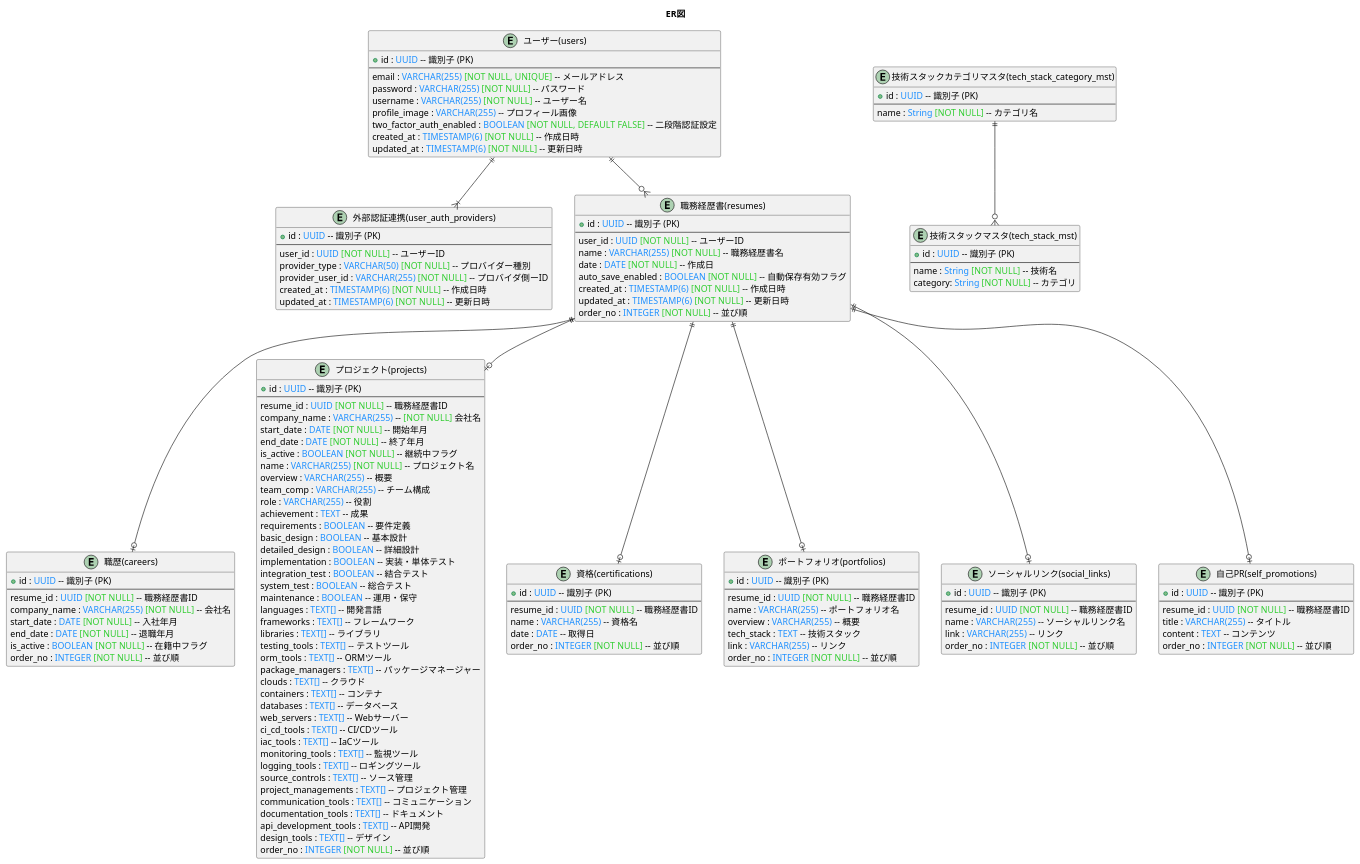
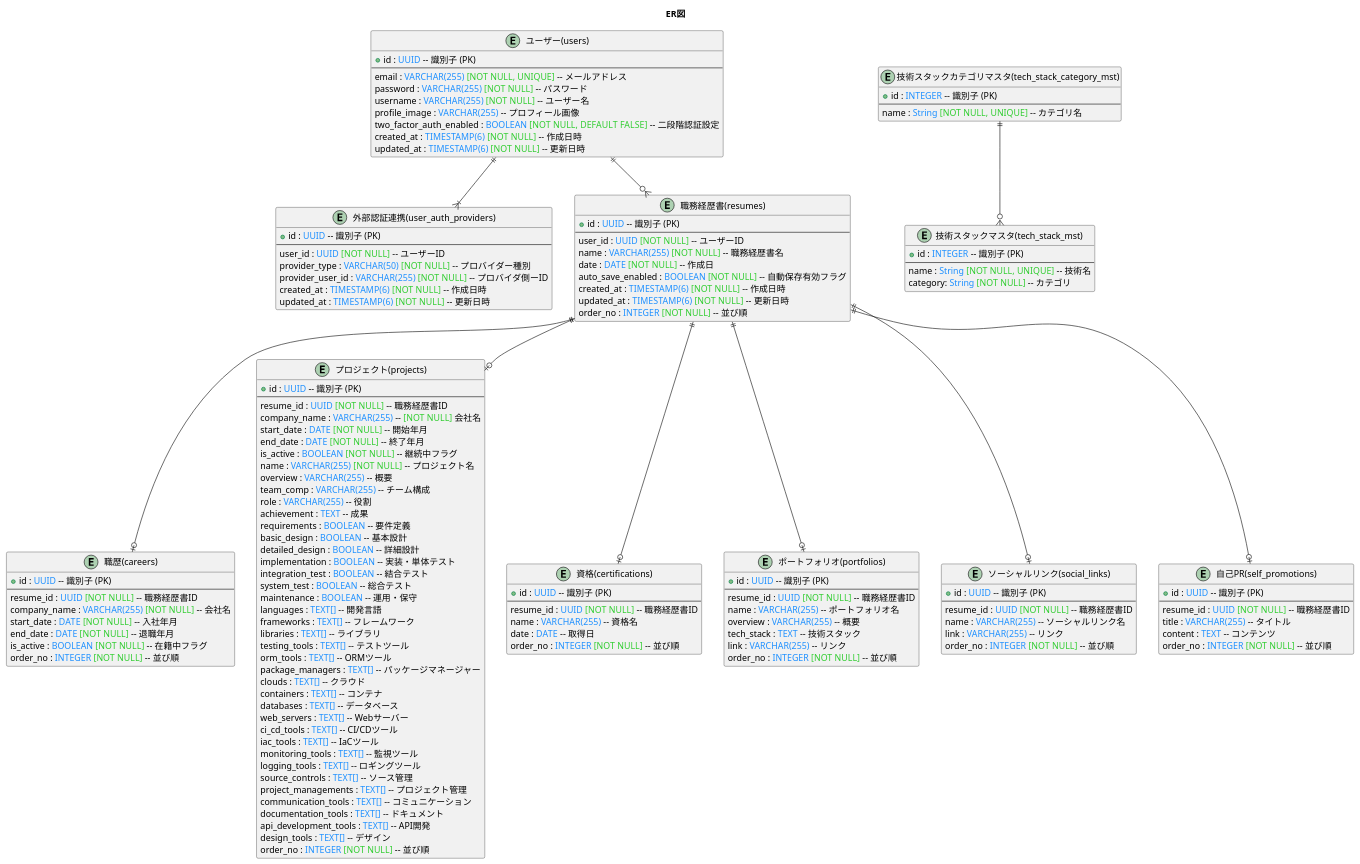
Before and after one commit to DogisRiki/KeirekiPro: the diagram in doc/DB設計/ER図.pu, drawn with PlantUML.

Commit message:
docs: ER図修正
Changes:
・技術スタックマスタと技術スタックカテゴリマスタのidの型をUUIDからINTEGERへ変更

Reason:
・別にここはidなんでもよくて、UUIDだとDDL敵に都合が悪い

BREAKING CHANGE: N/A
Related: N/A
Refs: #16

```diff
--- a/doc/DB設計/ER図.pu
+++ b/doc/DB設計/ER図.pu
@@ -1,162 +1,159 @@
 @startuml ER図
 
 title ER図
 
-' -----------------------
-' 既存テーブル
-' -----------------------
 entity "ユーザー(users)" as users {
     + id : <color:#1E90FF>UUID</color> -- 識別子 (PK)
     --
     email : <color:#1E90FF>VARCHAR(255)</color> <color:#32CD32>[NOT NULL, UNIQUE]</color> -- メールアドレス
     password : <color:#1E90FF>VARCHAR(255)</color> <color:#32CD32>[NOT NULL]</color> -- パスワード
     username : <color:#1E90FF>VARCHAR(255)</color> <color:#32CD32>[NOT NULL]</color> -- ユーザー名
     profile_image : <color:#1E90FF>VARCHAR(255)</color> -- プロフィール画像
     two_factor_auth_enabled : <color:#1E90FF>BOOLEAN</color> <color:#32CD32>[NOT NULL, DEFAULT FALSE]</color> -- 二段階認証設定
     created_at : <color:#1E90FF>TIMESTAMP(6)</color> <color:#32CD32>[NOT NULL]</color> -- 作成日時
     updated_at : <color:#1E90FF>TIMESTAMP(6)</color> <color:#32CD32>[NOT NULL]</color> -- 更新日時
 }
 
 entity "外部認証連携(user_auth_providers)" as UserAuthProviders {
     + id : <color:#1E90FF>UUID</color> -- 識別子 (PK)
     --
     user_id : <color:#1E90FF>UUID</color> <color:#32CD32>[NOT NULL]</color> -- ユーザーID
     provider_type : <color:#1E90FF>VARCHAR(50)</color> <color:#32CD32>[NOT NULL]</color> -- プロバイダー種別
     provider_user_id : <color:#1E90FF>VARCHAR(255)</color> <color:#32CD32>[NOT NULL]</color> -- プロバイダ側ーID
     created_at : <color:#1E90FF>TIMESTAMP(6)</color> <color:#32CD32>[NOT NULL]</color> -- 作成日時
     updated_at : <color:#1E90FF>TIMESTAMP(6)</color> <color:#32CD32>[NOT NULL]</color> -- 更新日時
 }
 
 entity "職務経歴書(resumes)" as Resumes {
     + id : <color:#1E90FF>UUID</color> -- 識別子 (PK)
     --
     user_id : <color:#1E90FF>UUID</color> <color:#32CD32>[NOT NULL]</color> -- ユーザーID
     name : <color:#1E90FF>VARCHAR(255)</color> <color:#32CD32>[NOT NULL]</color> -- 職務経歴書名
     date : <color:#1E90FF>DATE</color> <color:#32CD32>[NOT NULL]</color> -- 作成日
     auto_save_enabled : <color:#1E90FF>BOOLEAN</color> <color:#32CD32>[NOT NULL]</color> -- 自動保存有効フラグ
     created_at : <color:#1E90FF>TIMESTAMP(6)</color> <color:#32CD32>[NOT NULL]</color> -- 作成日時
     updated_at : <color:#1E90FF>TIMESTAMP(6)</color> <color:#32CD32>[NOT NULL]</color> -- 更新日時
     order_no : <color:#1E90FF>INTEGER</color> <color:#32CD32>[NOT NULL]</color> -- 並び順
 }
 
 entity "職歴(careers)" as Careers {
     + id : <color:#1E90FF>UUID</color> -- 識別子 (PK)
     --
     resume_id : <color:#1E90FF>UUID</color> <color:#32CD32>[NOT NULL]</color> -- 職務経歴書ID
     company_name : <color:#1E90FF>VARCHAR(255)</color> <color:#32CD32>[NOT NULL]</color> -- 会社名
     start_date : <color:#1E90FF>DATE</color> <color:#32CD32>[NOT NULL]</color> -- 入社年月
     end_date : <color:#1E90FF>DATE</color> <color:#32CD32>[NOT NULL]</color> -- 退職年月
     is_active : <color:#1E90FF>BOOLEAN</color> <color:#32CD32>[NOT NULL]</color> -- 在籍中フラグ
     order_no : <color:#1E90FF>INTEGER</color> <color:#32CD32>[NOT NULL]</color> -- 並び順
 }
 
 entity "プロジェクト(projects)" as Projects {
     + id : <color:#1E90FF>UUID</color> -- 識別子 (PK)
     --
     resume_id : <color:#1E90FF>UUID</color> <color:#32CD32>[NOT NULL]</color> -- 職務経歴書ID
     company_name : <color:#1E90FF>VARCHAR(255)</color> -- <color:#32CD32>[NOT NULL]</color> 会社名
     start_date : <color:#1E90FF>DATE</color> <color:#32CD32>[NOT NULL]</color> -- 開始年月
     end_date : <color:#1E90FF>DATE</color> <color:#32CD32>[NOT NULL]</color> -- 終了年月
     is_active : <color:#1E90FF>BOOLEAN</color> <color:#32CD32>[NOT NULL]</color> -- 継続中フラグ
     name : <color:#1E90FF>VARCHAR(255)</color> <color:#32CD32>[NOT NULL]</color> -- プロジェクト名
     overview : <color:#1E90FF>VARCHAR(255)</color> -- 概要
     team_comp : <color:#1E90FF>VARCHAR(255)</color> -- チーム構成
     role : <color:#1E90FF>VARCHAR(255)</color> -- 役割
     achievement : <color:#1E90FF>TEXT</color> -- 成果
     requirements : <color:#1E90FF>BOOLEAN</color> -- 要件定義
     basic_design : <color:#1E90FF>BOOLEAN</color> -- 基本設計
     detailed_design : <color:#1E90FF>BOOLEAN</color> -- 詳細設計
     implementation : <color:#1E90FF>BOOLEAN</color> -- 実装・単体テスト
     integration_test : <color:#1E90FF>BOOLEAN</color> -- 結合テスト
     system_test : <color:#1E90FF>BOOLEAN</color> -- 総合テスト
     maintenance : <color:#1E90FF>BOOLEAN</color> -- 運用・保守
     languages : <color:#1E90FF>TEXT[]</color> -- 開発言語
     frameworks : <color:#1E90FF>TEXT[]</color> -- フレームワーク
     libraries : <color:#1E90FF>TEXT[]</color> -- ライブラリ
     testing_tools : <color:#1E90FF>TEXT[]</color> -- テストツール
     orm_tools : <color:#1E90FF>TEXT[]</color> -- ORMツール
     package_managers : <color:#1E90FF>TEXT[]</color> -- パッケージマネージャー
     clouds : <color:#1E90FF>TEXT[]</color> -- クラウド
     containers : <color:#1E90FF>TEXT[]</color> -- コンテナ
     databases : <color:#1E90FF>TEXT[]</color> -- データベース
     web_servers : <color:#1E90FF>TEXT[]</color> -- Webサーバー
     ci_cd_tools : <color:#1E90FF>TEXT[]</color> -- CI/CDツール
     iac_tools : <color:#1E90FF>TEXT[]</color> -- IaCツール
     monitoring_tools : <color:#1E90FF>TEXT[]</color> -- 監視ツール
     logging_tools : <color:#1E90FF>TEXT[]</color> -- ロギングツール
     source_controls : <color:#1E90FF>TEXT[]</color> -- ソース管理
     project_managements : <color:#1E90FF>TEXT[]</color> -- プロジェクト管理
     communication_tools : <color:#1E90FF>TEXT[]</color> -- コミュニケーション
     documentation_tools : <color:#1E90FF>TEXT[]</color> -- ドキュメント
     api_development_tools : <color:#1E90FF>TEXT[]</color> -- API開発
     design_tools : <color:#1E90FF>TEXT[]</color> -- デザイン
     order_no : <color:#1E90FF>INTEGER</color> <color:#32CD32>[NOT NULL]</color> -- 並び順
 }
 
 entity "資格(certifications)" as Certifications {
     + id : <color:#1E90FF>UUID</color> -- 識別子 (PK)
     --
     resume_id : <color:#1E90FF>UUID</color> <color:#32CD32>[NOT NULL]</color> -- 職務経歴書ID
     name : <color:#1E90FF>VARCHAR(255)</color> -- 資格名
     date : <color:#1E90FF>DATE</color> -- 取得日
     order_no : <color:#1E90FF>INTEGER</color> <color:#32CD32>[NOT NULL]</color> -- 並び順
 }
 
 entity "ポートフォリオ(portfolios)" as Portfolios {
     + id : <color:#1E90FF>UUID</color> -- 識別子 (PK)
     --
     resume_id : <color:#1E90FF>UUID</color> <color:#32CD32>[NOT NULL]</color> -- 職務経歴書ID
     name : <color:#1E90FF>VARCHAR(255)</color> -- ポートフォリオ名
     overview : <color:#1E90FF>VARCHAR(255)</color> -- 概要
     tech_stack : <color:#1E90FF>TEXT</color> -- 技術スタック
     link : <color:#1E90FF>VARCHAR(255)</color> -- リンク
     order_no : <color:#1E90FF>INTEGER</color> <color:#32CD32>[NOT NULL]</color> -- 並び順
 }
 
 entity "ソーシャルリンク(social_links)" as SocialLinks {
     + id : <color:#1E90FF>UUID</color> -- 識別子 (PK)
     --
     resume_id : <color:#1E90FF>UUID</color> <color:#32CD32>[NOT NULL]</color> -- 職務経歴書ID
     name : <color:#1E90FF>VARCHAR(255)</color> -- ソーシャルリンク名
     link : <color:#1E90FF>VARCHAR(255)</color> -- リンク
     order_no : <color:#1E90FF>INTEGER</color> <color:#32CD32>[NOT NULL]</color> -- 並び順
 }
 
 entity "自己PR(self_promotions)" as SelfPromotions {
     + id : <color:#1E90FF>UUID</color> -- 識別子 (PK)
     --
     resume_id : <color:#1E90FF>UUID</color> <color:#32CD32>[NOT NULL]</color> -- 職務経歴書ID
     title : <color:#1E90FF>VARCHAR(255)</color> -- タイトル
     content : <color:#1E90FF>TEXT</color> -- コンテンツ
     order_no : <color:#1E90FF>INTEGER</color> <color:#32CD32>[NOT NULL]</color> -- 並び順
 }
 
 entity "技術スタックマスタ(tech_stack_mst)" as TechStackMst {
-    + id : <color:#1E90FF>UUID</color> -- 識別子 (PK)
+    + id : <color:#1E90FF>INTEGER</color> -- 識別子 (PK)
     --
-    name : <color:#1E90FF>String</color> <color:#32CD32>[NOT NULL]</color> -- 技術名
+    name : <color:#1E90FF>String</color> <color:#32CD32>[NOT NULL, UNIQUE]</color> -- 技術名
     category: <color:#1E90FF>String</color> <color:#32CD32>[NOT NULL]</color> -- カテゴリ
 }
 
 entity "技術スタックカテゴリマスタ(tech_stack_category_mst)" as TechStackCategoryMst {
-    + id : <color:#1E90FF>UUID</color> -- 識別子 (PK)
+    + id : <color:#1E90FF>INTEGER</color> -- 識別子 (PK)
     --
-    name : <color:#1E90FF>String</color> <color:#32CD32>[NOT NULL]</color> -- カテゴリ名
+    name : <color:#1E90FF>String</color> <color:#32CD32>[NOT NULL, UNIQUE]</color> -- カテゴリ名
 }
 
 ' ----------------------
 ' リレーション定義
 ' ----------------------
 users ||--o{ Resumes
 users ||--|{ UserAuthProviders
 
 Resumes ||--o| Careers
 Resumes ||--o| Projects
 Resumes ||--o| Certifications
 Resumes ||--o| Portfolios
 Resumes ||--o| SocialLinks
 Resumes ||--o| SelfPromotions
 
 TechStackCategoryMst ||--o{ TechStackMst
 
 @enduml
```
